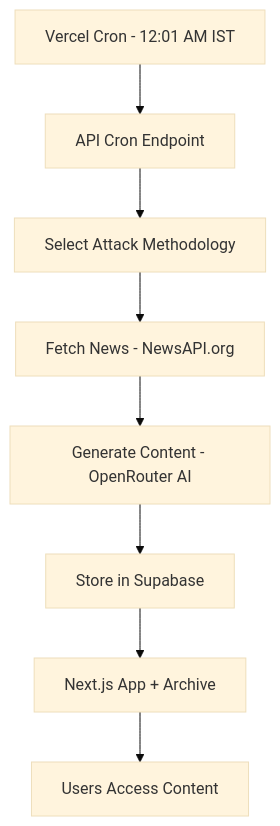
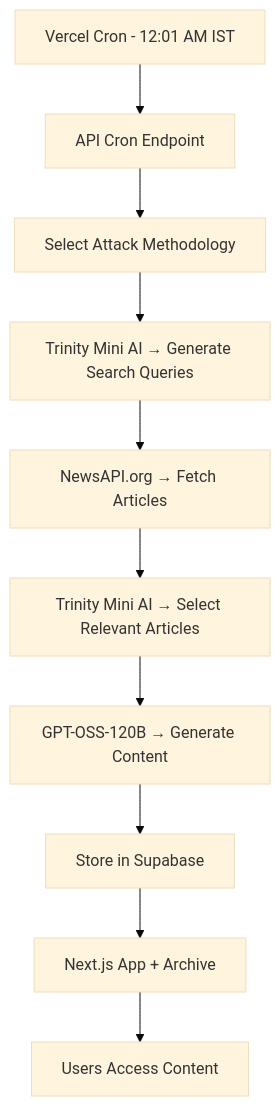
One commit to pentoshi007/oh-my-security changed the diagram in README.md. Above: the diagram before and after it, drawn with Mermaid (base theme). The commit also changed other lines of this file and 2 other files, not shown here.

First line of the commit message:
Fix Trinity Mini 400 error (use correct reasoning API param), update README and About page

````diff
--- a/README.md
+++ b/README.md
@@ -45,10 +49,12 @@
 ```mermaid
 flowchart TD
     A[Vercel Cron - 12:01 AM IST] --> B["API Cron Endpoint"]
     B --> C[Select Attack Methodology]
-    C --> D[Fetch News - NewsAPI.org]
-    D --> E[Generate Content - OpenRouter AI]
+    C --> D1["Trinity Mini AI → Generate Search Queries"]
+    D1 --> D2["NewsAPI.org → Fetch Articles"]
+    D2 --> D3["Trinity Mini AI → Select Relevant Articles"]
+    D3 --> E["GPT-OSS-120B → Generate Content"]
     E --> F[Store in Supabase]
     F --> G[Next.js App + Archive]
     G --> H[Users Access Content]
 ```
````
